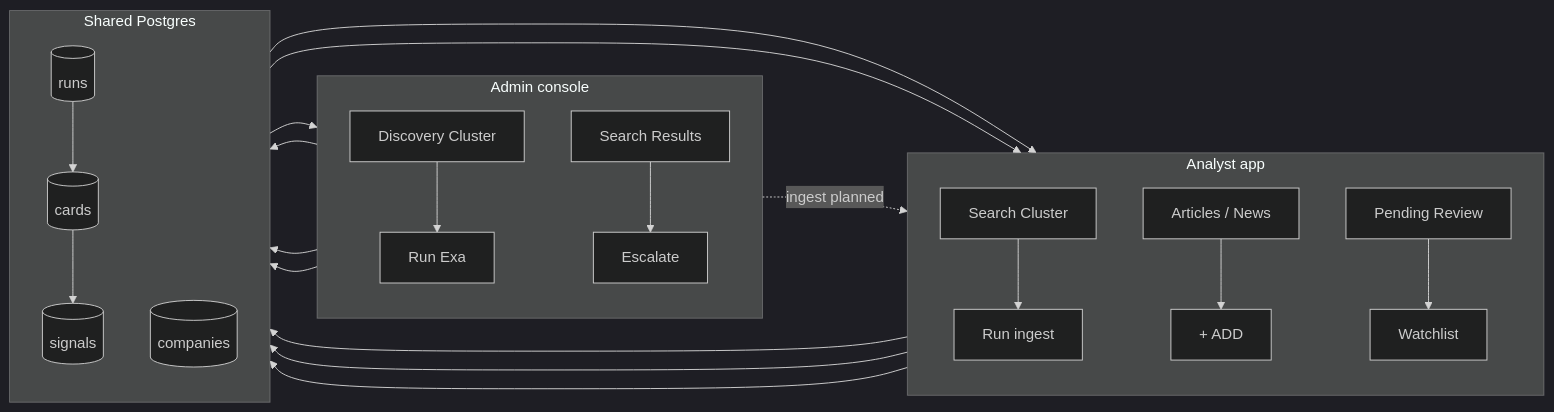
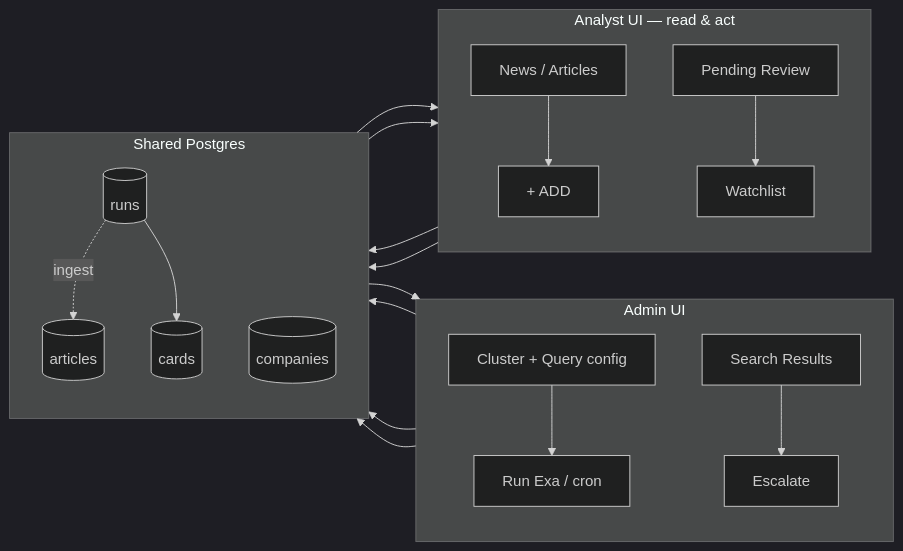
Before and after one commit to Growth-Maschine/NORAD-INTEL-ENGINE-V1: the ninth of 9 diagrams in docs/phase-1/P1-04-admin.md, drawn with Mermaid (dark theme). The commit also changed other lines of this file and 9 other files, not shown here.

````diff
--- a/docs/phase-1/P1-04-admin.md
+++ b/docs/phase-1/P1-04-admin.md
@@ -916,43 +909,37 @@
 ```mermaid
 flowchart LR
-    subgraph Operator["Admin console"]
+    subgraph Admin["Admin UI"]
         direction TB
-        A1[Discovery Cluster]
-        A2[Run Exa]
+        A1[Cluster + Query config]
+        A2[Run Exa / cron]
         A3[Search Results]
         A4[Escalate]
     end
 
-    subgraph Analyst["Analyst app"]
+    subgraph Analyst["Analyst UI — read & act"]
         direction TB
-        B1[Search Cluster]
-        B2[Run ingest]
-        B3[Articles / News]
-        B4[+ ADD]
-        B5[Pending Review]
-        B6[Watchlist]
+        B1[News / Articles]
+        B2[+ ADD]
+        B3[Pending Review]
+        B4[Watchlist]
     end
 
     subgraph DB["Shared Postgres"]
         direction TB
         R[(runs)]
+        ART[(articles)]
         C[(companies)]
         K[(cards)]
-        S[(signals)]
     end
 
     A1 --> A2 --> R
     R --> A3
+    R -.->|ingest| ART
+    ART --> B1
     A3 --> A4 --> R
     A4 --> C
-
     B1 --> B2 --> R
-    R --> B3
-    B3 --> B4 --> R
     R --> K
-    K --> B5
-    B5 --> B6 --> C
-    K --> S
-
-    A3 -.->|ingest planned| B3
+    K --> B3
+    B3 --> B4 --> C
 ```
````
